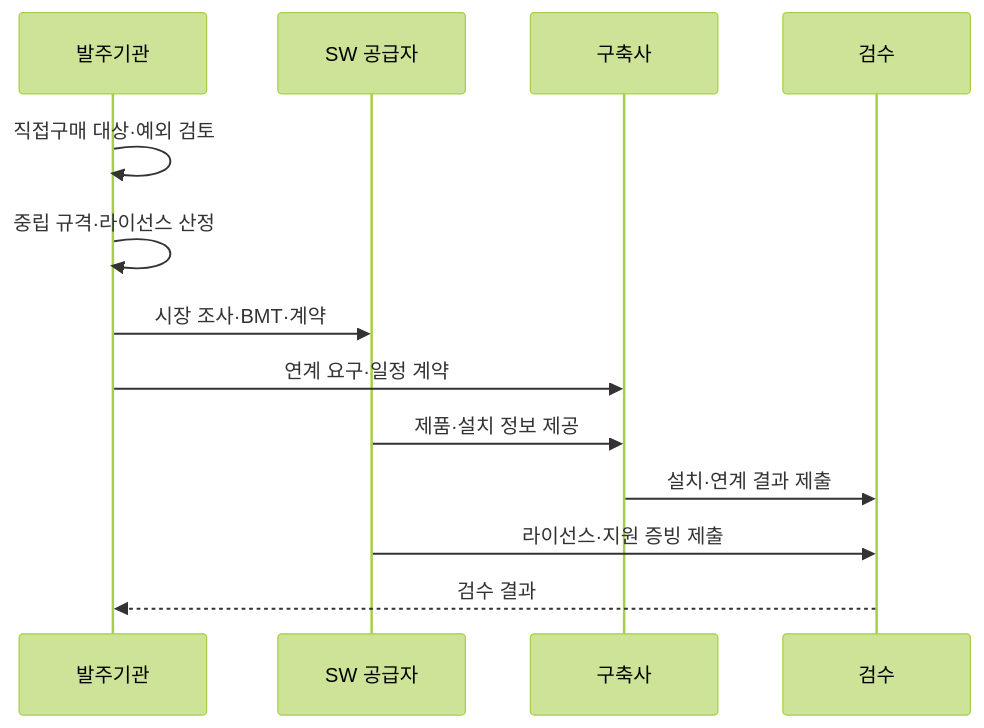
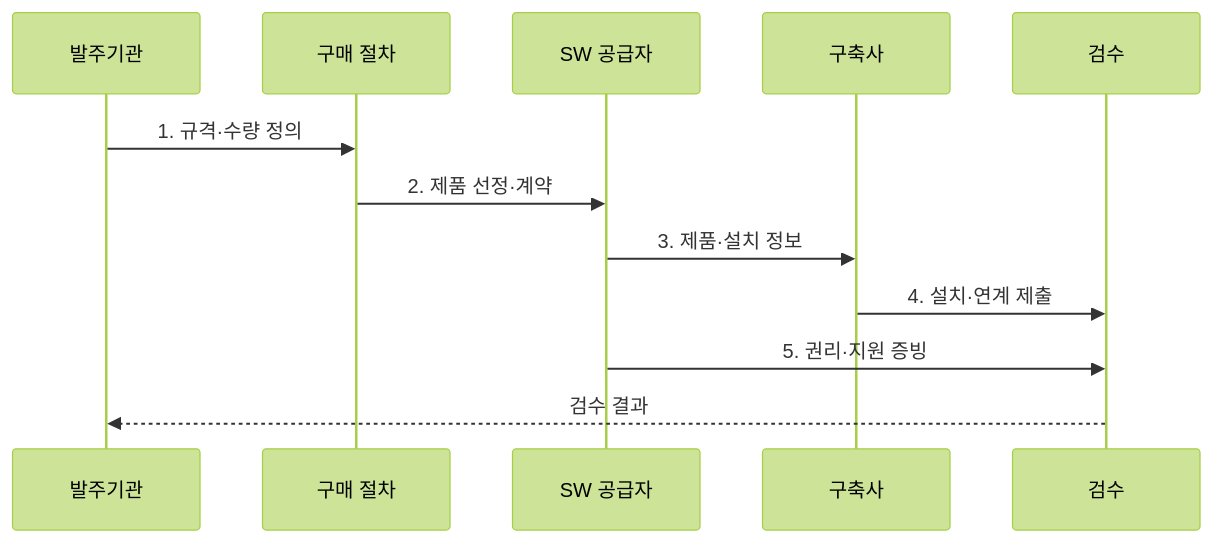
Before and after one commit to agnusdei1207/knowledge-base: the second of 2 diagrams in src/content/docs/notes/03-software/193_sw_direct_purchase.md, drawn with Mermaid (forest theme). The commit also changed other lines of this file and 20 other files, not shown here.

````diff
--- a/src/content/docs/notes/03-software/193_sw_direct_purchase.md
+++ b/src/content/docs/notes/03-software/193_sw_direct_purchase.md
@@ -79,15 +80,14 @@
 ```mermaid
 sequenceDiagram
     participant O as 발주기관
+    participant P as 구매 절차
     participant S as SW 공급자
     participant I as 구축사
     participant A as 검수
-    O->>O: 직접구매 대상·예외 검토
-    O->>O: 중립 규격·라이선스 산정
-    O->>S: 시장 조사·BMT·계약
-    O->>I: 연계 요구·일정 계약
-    S->>I: 제품·설치 정보 제공
-    I->>A: 설치·연계 결과 제출
-    S->>A: 라이선스·지원 증빙 제출
+    O->>P: 1. 규격·수량 정의
+    P->>S: 2. 제품 선정·계약
+    S->>I: 3. 제품·설치 정보
+    I->>A: 4. 설치·연계 제출
+    S->>A: 5. 권리·지원 증빙
     A-->>O: 검수 결과
 ```
````
